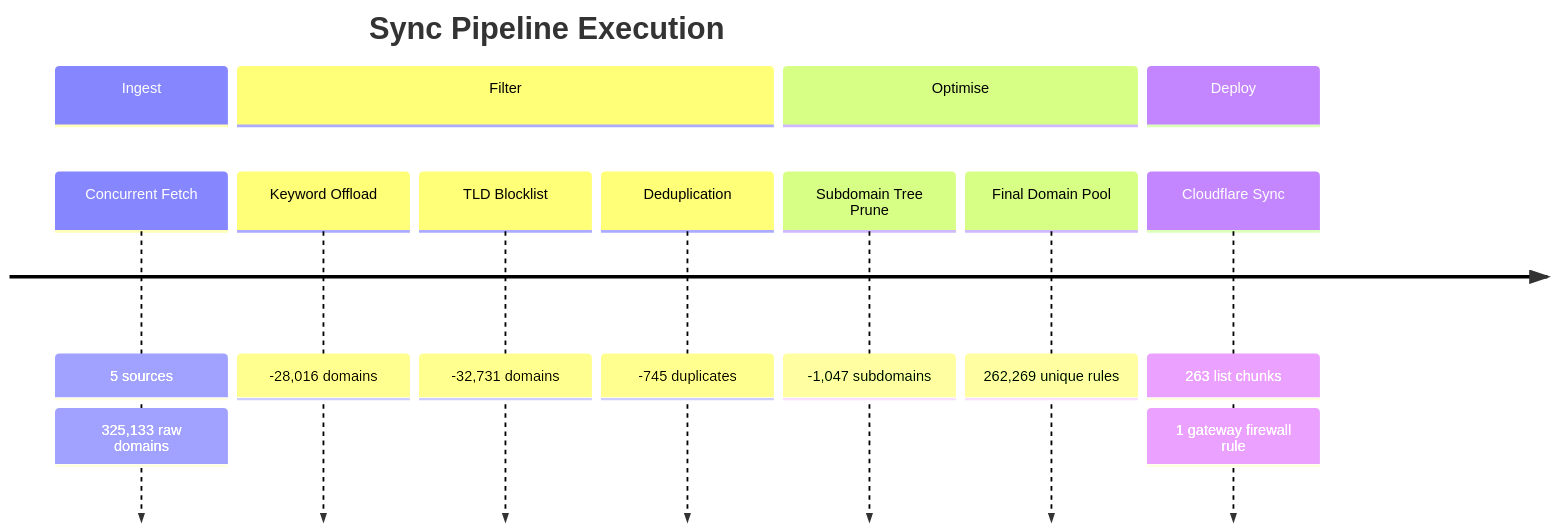
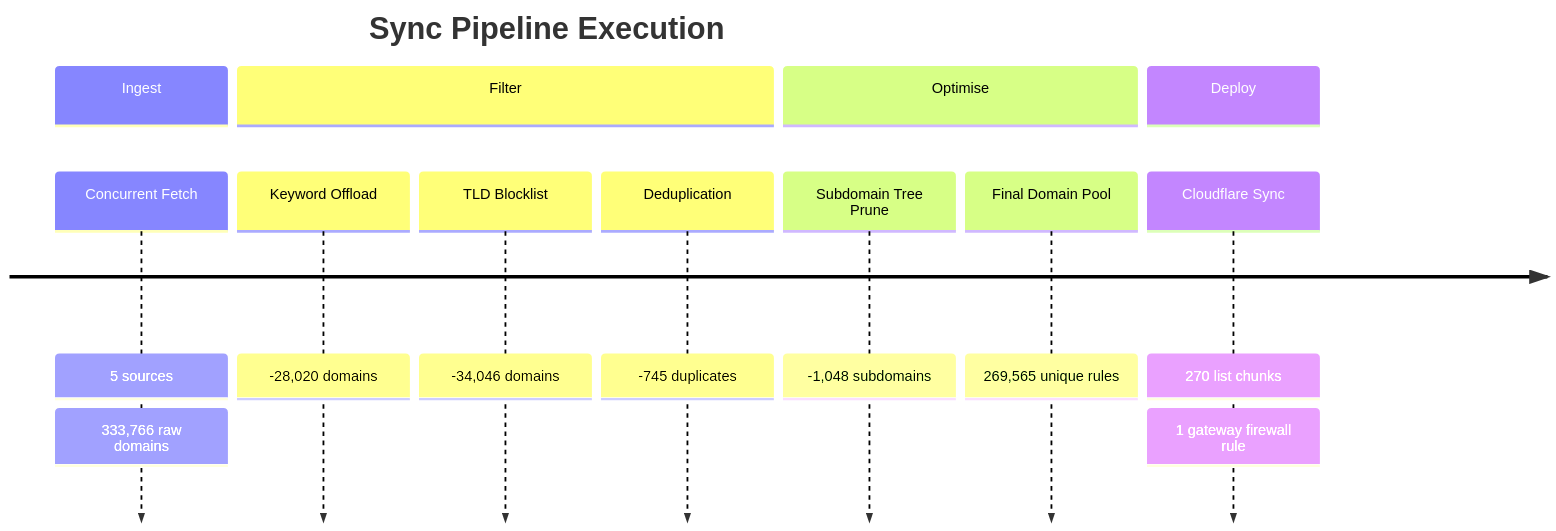
One commit to brojangles24/Cloudflare-ZeroTrust-AdBlock changed the second of 6 diagrams in README_STATS.md. Above: the diagram before and after it, drawn with Mermaid. The commit also changed other lines of this file and 1 other file, not shown here.

````diff
--- a/README_STATS.md
+++ b/README_STATS.md
@@ -54,17 +54,17 @@
 ```mermaid
 timeline
     title Sync Pipeline Execution
     section Ingest
         Concurrent Fetch   : 5 sources
-                           : 325,133 raw domains
+                           : 333,766 raw domains
     section Filter
-        Keyword Offload    : -28,016 domains
-        TLD Blocklist      : -32,731 domains
+        Keyword Offload    : -28,020 domains
+        TLD Blocklist      : -34,046 domains
         Deduplication      : -745 duplicates
     section Optimise
-        Subdomain Tree Prune : -1,047 subdomains
-        Final Domain Pool    : 262,269 unique rules
+        Subdomain Tree Prune : -1,048 subdomains
+        Final Domain Pool    : 269,565 unique rules
     section Deploy
-        Cloudflare Sync    : 263 list chunks
+        Cloudflare Sync    : 270 list chunks
                            : 1 gateway firewall rule
 ```
````
